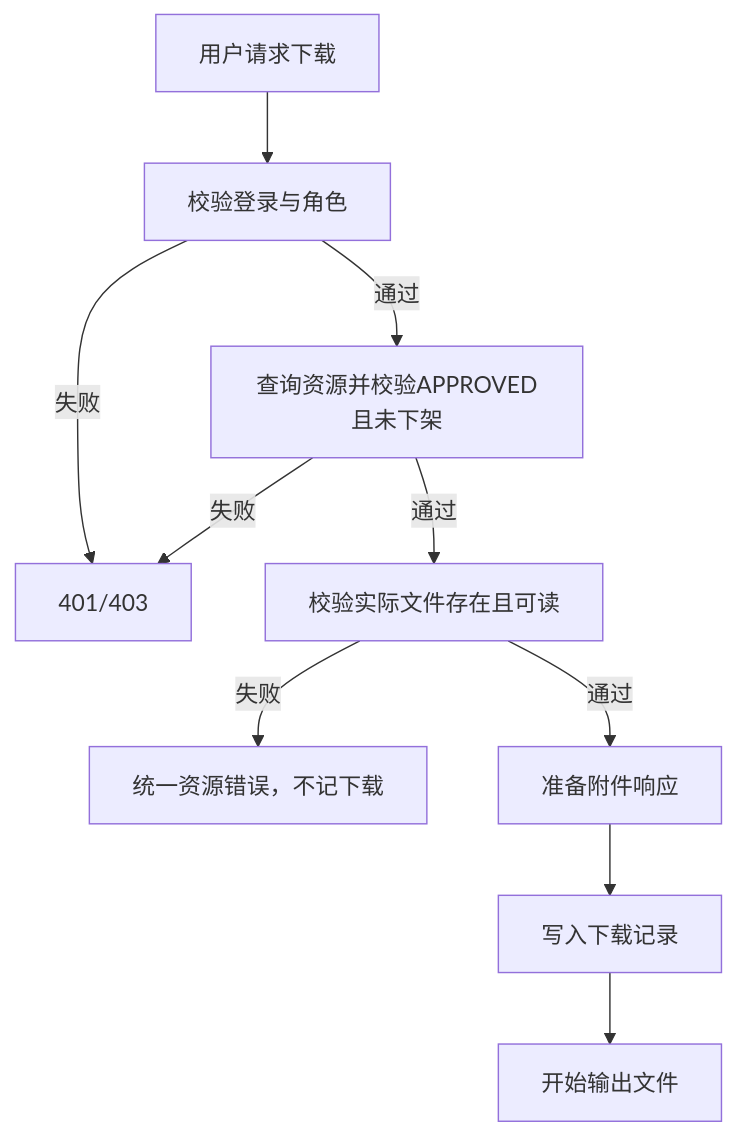
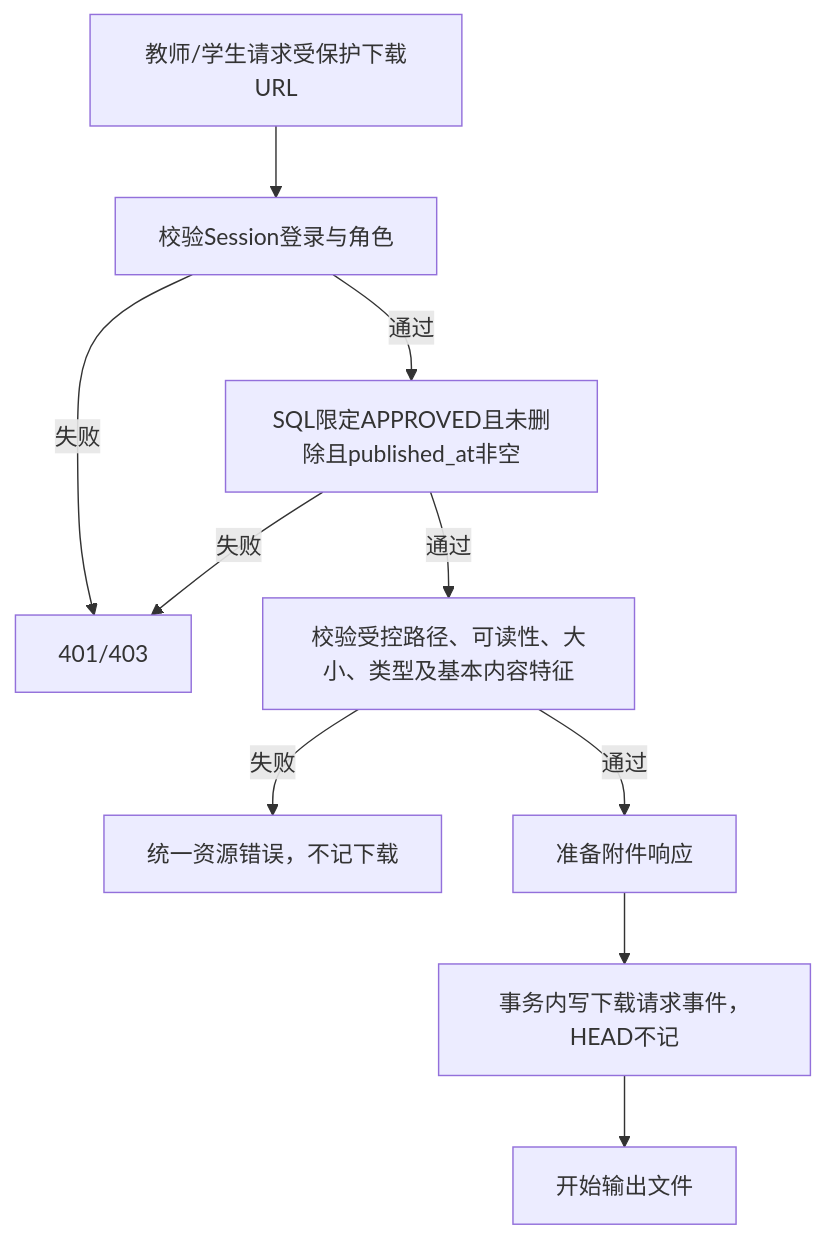
Before and after one commit to snowlei1/Management-System: the sixth of 6 diagrams in docs/04-业务流程.md, drawn with Mermaid. The commit also changed other lines of this file and 29 other files, not shown here.

````diff
--- a/docs/04-业务流程.md
+++ b/docs/04-业务流程.md
@@ -112,12 +114,12 @@
 ```mermaid
 flowchart TD
-    A[用户请求下载] --> B[校验登录与角色]
+    A[教师/学生请求受保护下载URL] --> B[校验Session登录与角色]
     B -->|失败| X[401/403]
-    B -->|通过| C[查询资源并校验APPROVED且未下架]
+    B -->|通过| C[SQL限定APPROVED且未删除且published_at非空]
     C -->|失败| X
-    C -->|通过| D[校验实际文件存在且可读]
+    C -->|通过| D[校验受控路径、可读性、大小、类型及基本内容特征]
     D -->|失败| Y[统一资源错误，不记下载]
     D -->|通过| E[准备附件响应]
-    E --> F[写入下载记录]
+    E --> F[事务内写下载请求事件，HEAD不记]
     F --> G[开始输出文件]
 ```
````
